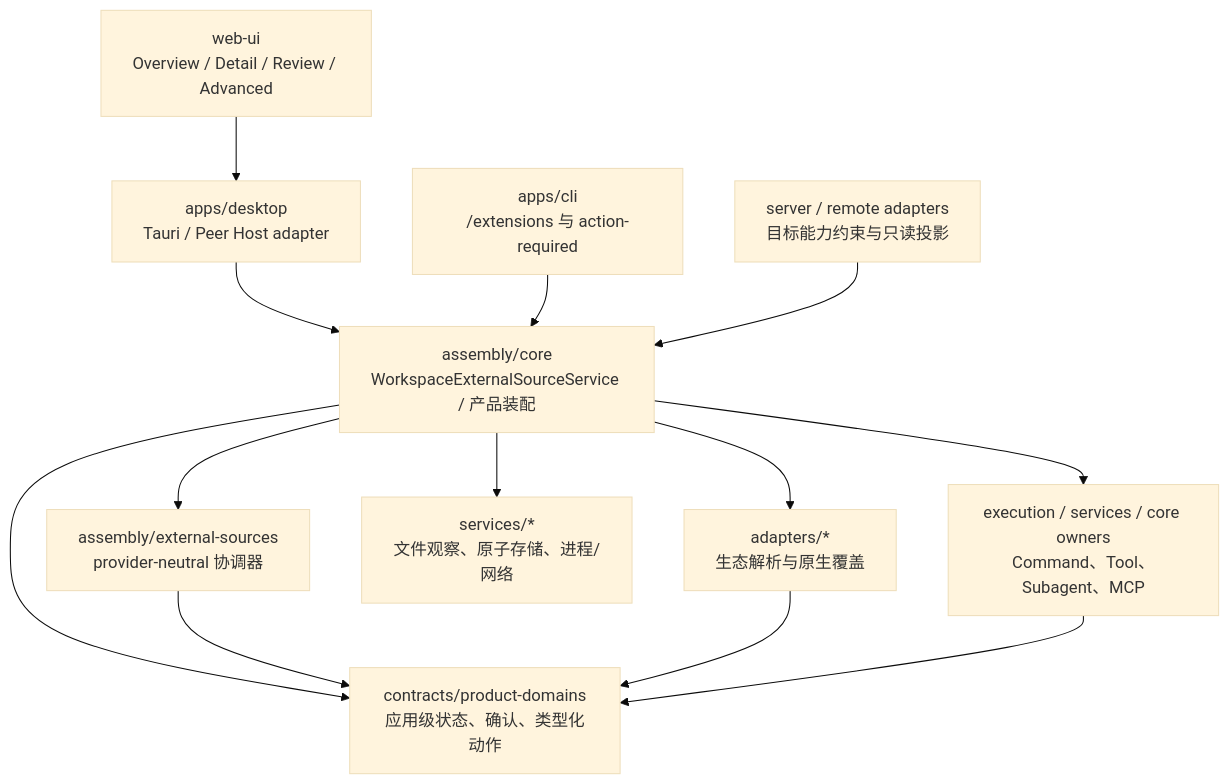
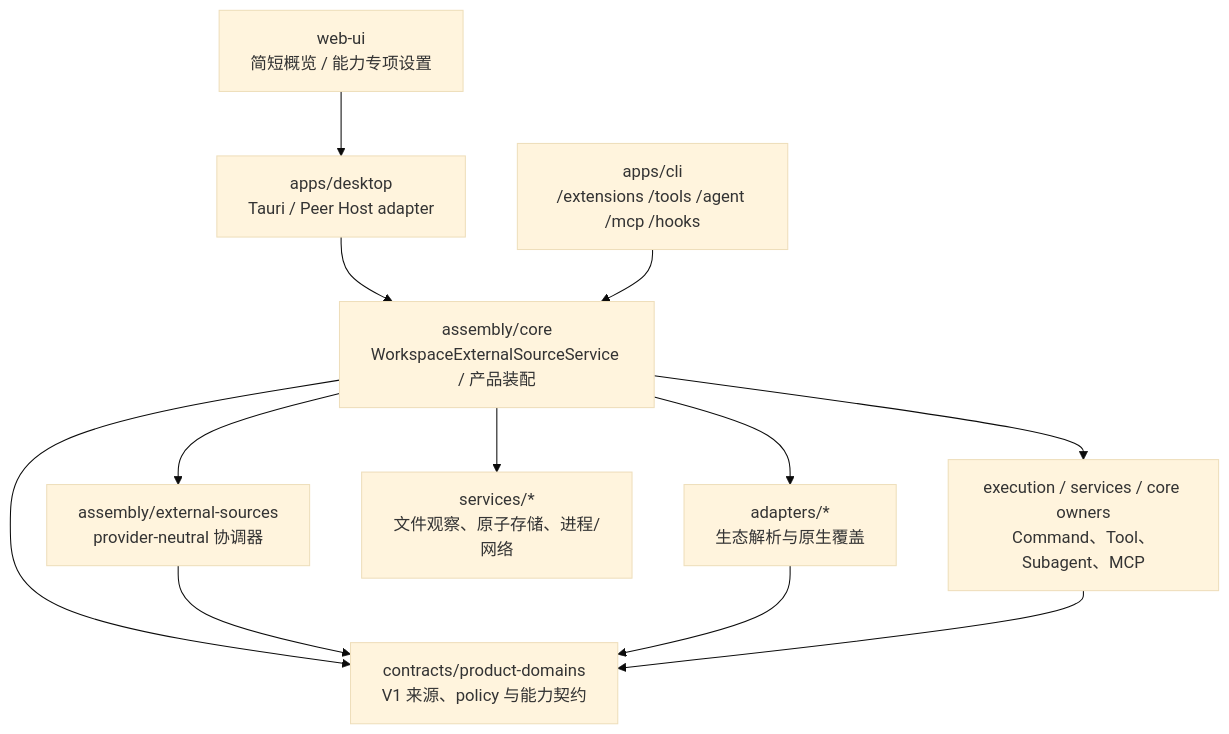
The second of 3 diagrams in docs/architecture/extensions/external-ai-work-sources-design.md (1688mengdie/BitFun), drawn with Mermaid (base theme) before and after one commit. The commit also changed other lines of this file and 47 other files, not shown here.

````diff
--- a/docs/architecture/extensions/external-ai-work-sources-design.md
+++ b/docs/architecture/extensions/external-ai-work-sources-design.md
@@ -491,26 +487,24 @@
 ```mermaid
 flowchart TB
-  ProductDomains["contracts/product-domains\n应用级状态、确认、类型化动作"]
+  ProductDomains["contracts/product-domains\nV1 来源、policy 与能力契约"]
   AssemblyExternal["assembly/external-sources\nprovider-neutral 协调器"]
   AssemblyCore["assembly/core\nWorkspaceExternalSourceService / 产品装配"]
   EcosystemAdapters["adapters/*\n生态解析与原生覆盖"]
   Services["services/*\n文件观察、原子存储、进程/网络"]
   CapabilityOwners["execution / services / core owners\nCommand、Tool、Subagent、MCP"]
   DesktopAdapter["apps/desktop\nTauri / Peer Host adapter"]
-  WebUi["web-ui\nOverview / Detail / Review / Advanced"]
-  Cli["apps/cli\n/extensions 与 action-required"]
-  Server["server / remote adapters\n目标能力约束与只读投影"]
+  WebUi["web-ui\n简短概览 / 能力专项设置"]
+  Cli["apps/cli\n/extensions /tools /agent /mcp /hooks"]
 
   WebUi --> DesktopAdapter
   DesktopAdapter --> AssemblyCore
   Cli --> AssemblyCore
-  Server --> AssemblyCore
   AssemblyCore --> AssemblyExternal
   AssemblyCore --> EcosystemAdapters
   AssemblyCore --> Services
   AssemblyCore --> CapabilityOwners
   AssemblyCore --> ProductDomains
   AssemblyExternal --> ProductDomains
   EcosystemAdapters --> ProductDomains
   CapabilityOwners --> ProductDomains
 ```
````
